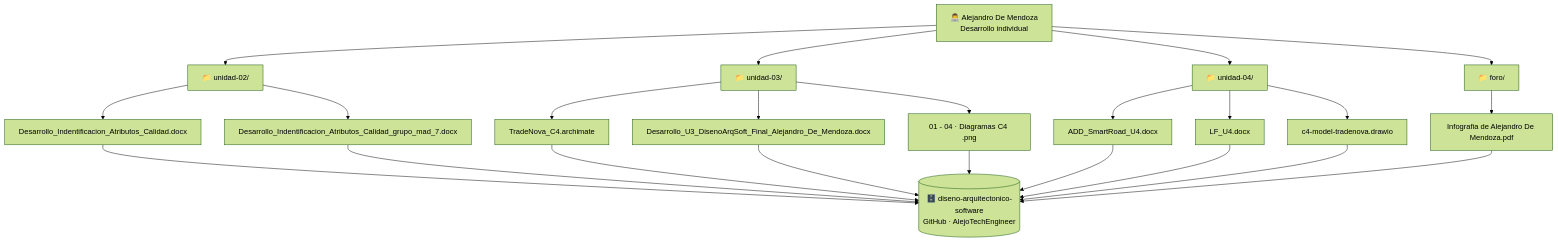
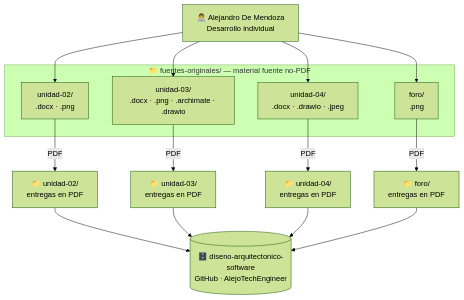
One commit to AlejoTechEngineer/Diseno-Arquitectonico-Software changed the diagram in README.md. Above: the diagram before and after it, drawn with Mermaid (forest theme). The commit also changed other lines of this file and 22 other files, not shown here.

Commit message:
chore: limpia .gitignore, excluye .claude/ y separa fuentes originales de entregas en PDF

````diff
--- a/README.md
+++ b/README.md
@@ -30,22 +30,18 @@
 ```mermaid
 flowchart TD
-    DEV["👨‍💻 Alejandro De Mendoza\nDesarrollo individual"] --> U02["📁 unidad-02/"]
-    DEV --> U03["📁 unidad-03/"]
-    DEV --> U04["📁 unidad-04/"]
-    DEV --> FORO["📁 foro/"]
+    DEV["👨‍💻 Alejandro De Mendoza\nDesarrollo individual"] --> FU02 & FU03 & FU04 & FFORO
 
-    U02 --> A1["Desarrollo_Indentificacion_Atributos_Calidad.docx"]
-    U02 --> A2["Desarrollo_Indentificacion_Atributos_Calidad_grupo_mad_7.docx"]
+    subgraph FUENTES["📁 fuentes-originales/  —  material fuente no-PDF"]
+        FU02["unidad-02/\n.docx · .png"]
+        FU03["unidad-03/\n.docx · .png · .archimate · .drawio"]
+        FU04["unidad-04/\n.docx · .drawio · .jpeg"]
+        FFORO["foro/\n.png"]
+    end
 
-    U03 --> B1["TradeNova_C4.archimate"]
-    U03 --> B2["Desarrollo_U3_DisenoArqSoft_Final_Alejandro_De_Mendoza.docx"]
-    U03 --> B3["01 - 04 · Diagramas C4 .png"]
+    FU02 -- "PDF" --> U02["📁 unidad-02/\nentregas en PDF"]
+    FU03 -- "PDF" --> U03["📁 unidad-03/\nentregas en PDF"]
+    FU04 -- "PDF" --> U04["📁 unidad-04/\nentregas en PDF"]
+    FFORO -- "PDF" --> FORO["📁 foro/\nentregas en PDF"]
 
-    U04 --> C1["ADD_SmartRoad_U4.docx"]
-    U04 --> C2["LF_U4.docx"]
-    U04 --> C3["c4-model-tradenova.drawio"]
-
-    FORO --> D1["Infografia de Alejandro De Mendoza.pdf"]
-
-    A1 & A2 & B1 & B2 & B3 & C1 & C2 & C3 & D1 --> REPO[("🗄️ diseno-arquitectonico-software\nGitHub · AlejoTechEngineer")]
+    U02 & U03 & U04 & FORO --> REPO[("🗄️ diseno-arquitectonico-software\nGitHub · AlejoTechEngineer")]
 ```
````
